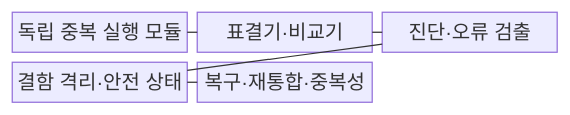
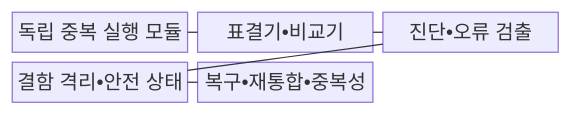
One commit to agnusdei1207/knowledge-base changed the first of 2 diagrams in src/content/docs/notes/06-evaluation/023_fault_tolerant_system.md. Above: the diagram before and after it, drawn with Mermaid. The commit also changed other lines of this file and 953 other files, not shown here.

````diff
--- a/src/content/docs/notes/06-evaluation/023_fault_tolerant_system.md
+++ b/src/content/docs/notes/06-evaluation/023_fault_tolerant_system.md
@@ -66,13 +66,13 @@
 ```mermaid
 block-beta
   columns 3
   M["독립 중복 실행 모듈"]
-  V["표결기·비교기"]
-  D["진단·오류 검출"]
-  I["결함 격리·안전 상태"]
-  R["복구·재통합·중복성"]
+  V["표결기•비교기"]
+  D["진단•오류 검출"]
+  I["결함 격리•안전 상태"]
+  R["복구•재통합•중복성"]
   M --- V
   V --- D
   D --- I
   I --- R
 ```
````
